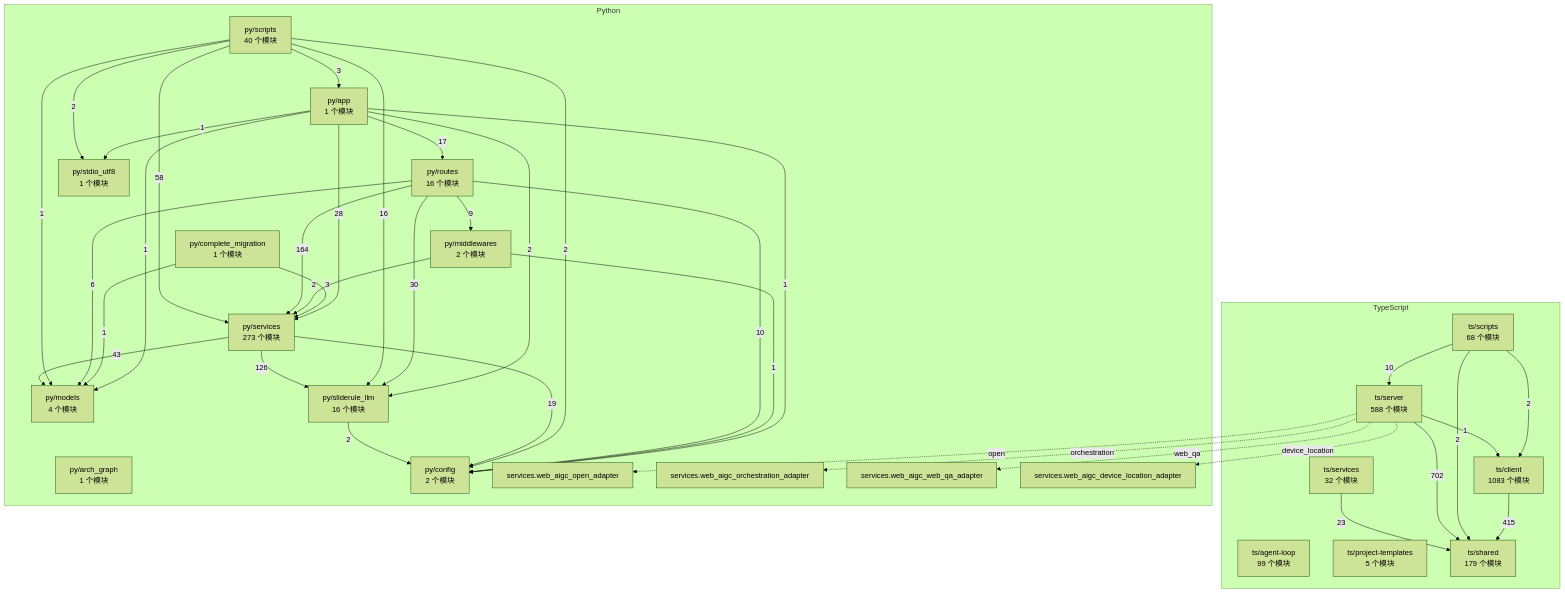
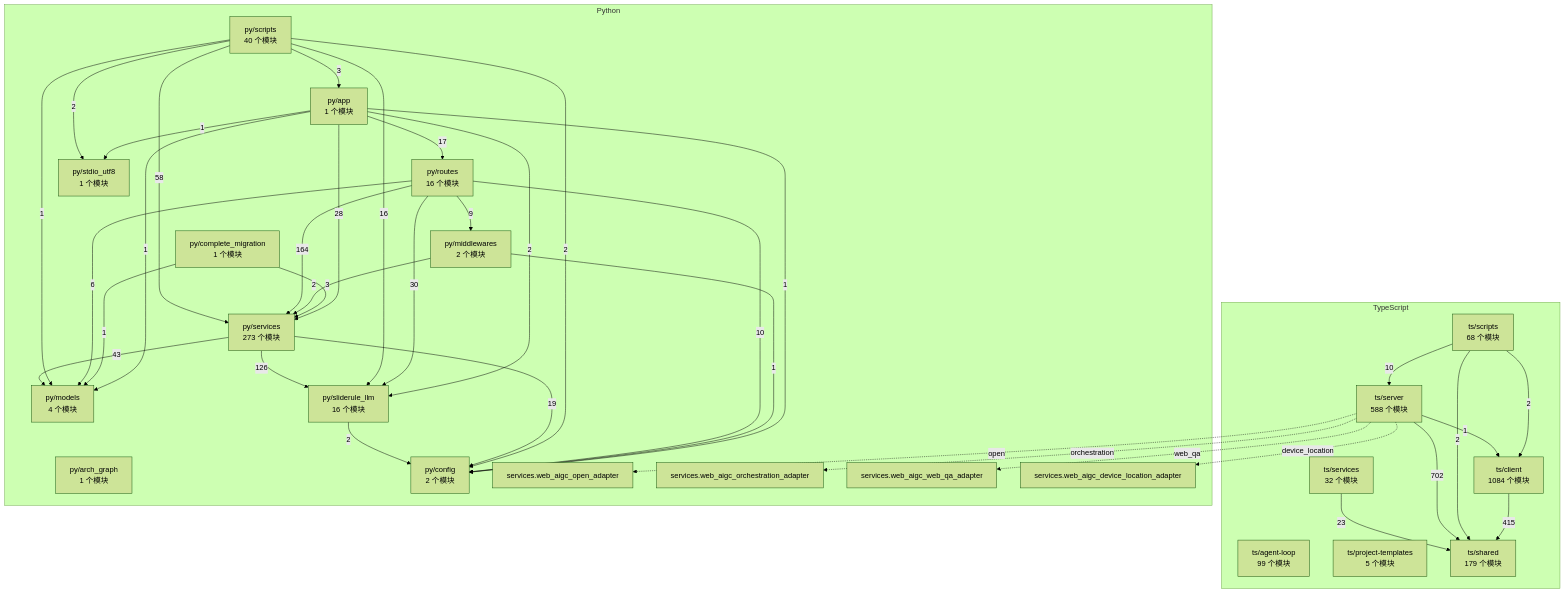
One commit to 2686521696/WhyBuddy changed the diagram in docs/WhyBuddy 全仓架构图（自动生成）.md. Above: the diagram before and after it, drawn with Mermaid (forest theme). The commit also changed 8 other files, not shown here.

````diff
--- a/docs/WhyBuddy 全仓架构图（自动生成）.md
+++ b/docs/WhyBuddy 全仓架构图（自动生成）.md
@@ -14,65 +14,65 @@
 ```mermaid
 flowchart TB
   subgraph ts [TypeScript]
     ts_agent_loop["ts/agent-loop<br/>99 个模块"]
-    ts_client["ts/client<br/>1083 个模块"]
+    ts_client["ts/client<br/>1084 个模块"]
     ts_project_templates["ts/project-templates<br/>5 个模块"]
     ts_scripts["ts/scripts<br/>68 个模块"]
     ts_server["ts/server<br/>588 个模块"]
     ts_services["ts/services<br/>32 个模块"]
     ts_shared["ts/shared<br/>179 个模块"]
   end
   subgraph py [Python]
     py_app["py/app<br/>1 个模块"]
     py_arch_graph["py/arch_graph<br/>1 个模块"]
     py_complete_migration["py/complete_migration<br/>1 个模块"]
     py_config["py/config<br/>2 个模块"]
     py_middlewares["py/middlewares<br/>2 个模块"]
     py_models["py/models<br/>4 个模块"]
     py_routes["py/routes<br/>16 个模块"]
     py_scripts["py/scripts<br/>40 个模块"]
     py_services["py/services<br/>273 个模块"]
     py_sliderule_llm["py/sliderule_llm<br/>16 个模块"]
     py_stdio_utf8["py/stdio_utf8<br/>1 个模块"]
     py_services_web_aigc_open_adapter["services.web_aigc_open_adapter"]
     py_services_web_aigc_orchestration_adapter["services.web_aigc_orchestration_adapter"]
     py_services_web_aigc_web_qa_adapter["services.web_aigc_web_qa_adapter"]
     py_services_web_aigc_device_location_adapter["services.web_aigc_device_location_adapter"]
   end
   ts_client -->|415| ts_shared
   ts_scripts -->|2| ts_client
   ts_scripts -->|10| ts_server
   ts_scripts -->|2| ts_shared
   ts_server -->|1| ts_client
   ts_server -->|702| ts_shared
   ts_services -->|23| ts_shared
   py_app -->|1| py_config
   py_app -->|1| py_models
   py_app -->|17| py_routes
   py_app -->|28| py_services
   py_app -->|2| py_sliderule_llm
   py_app -->|1| py_stdio_utf8
   py_complete_migration -->|1| py_models
   py_complete_migration -->|3| py_services
   py_middlewares -->|1| py_config
   py_middlewares -->|2| py_services
   py_routes -->|10| py_config
   py_routes -->|9| py_middlewares
   py_routes -->|6| py_models
   py_routes -->|164| py_services
   py_routes -->|30| py_sliderule_llm
   py_scripts -->|3| py_app
   py_scripts -->|2| py_config
   py_scripts -->|1| py_models
   py_scripts -->|58| py_services
   py_scripts -->|16| py_sliderule_llm
   py_scripts -->|2| py_stdio_utf8
   py_services -->|19| py_config
   py_services -->|43| py_models
   py_services -->|126| py_sliderule_llm
   py_sliderule_llm -->|2| py_config
   ts_server -.->|open| py_services_web_aigc_open_adapter
   ts_server -.->|orchestration| py_services_web_aigc_orchestration_adapter
   ts_server -.->|web_qa| py_services_web_aigc_web_qa_adapter
   ts_server -.->|device_location| py_services_web_aigc_device_location_adapter
 ```
````
